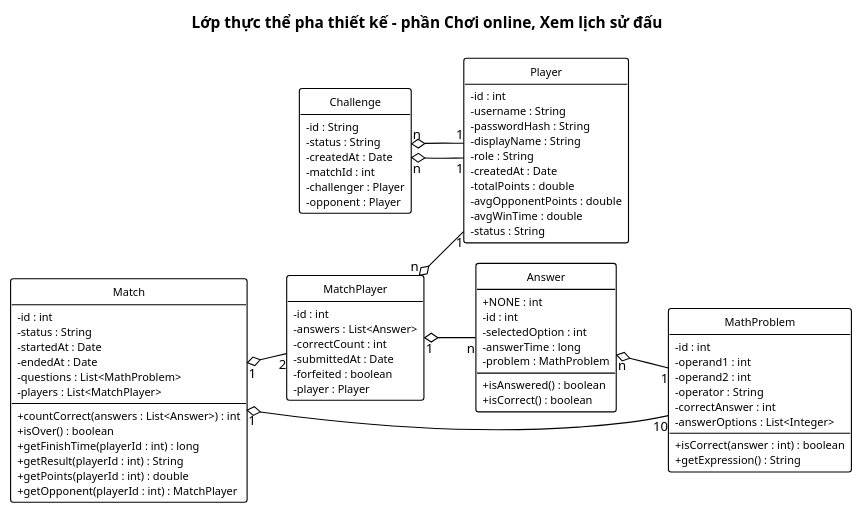
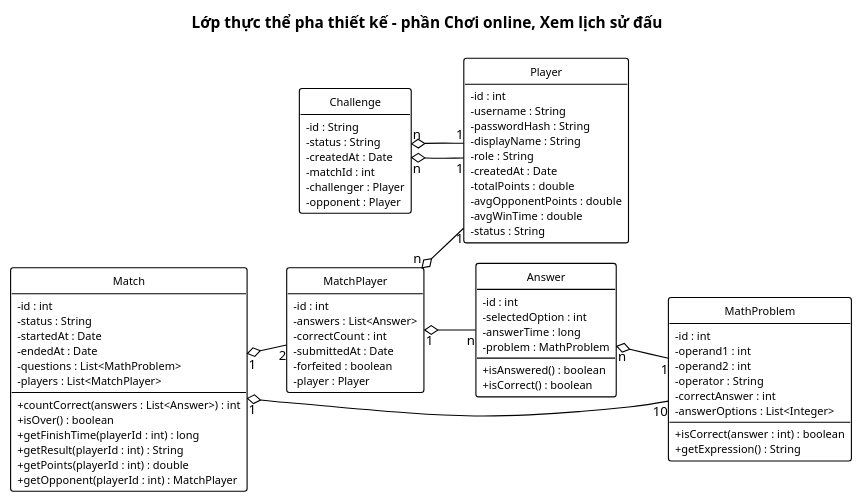
The diagram in docs/hung/lop-thuc-the-hung.puml (HungNguyenBa1811/math-dash), drawn with PlantUML before and after one commit. The commit also changed 48 other files, not shown here.

```diff
--- a/docs/hung/lop-thuc-the-hung.puml
+++ b/docs/hung/lop-thuc-the-hung.puml
@@ -1,92 +1,91 @@
 @startuml lop-thuc-the-hung
 !pragma layout smetana
 ' === VP Base Theme v2 ===
 skinparam defaultFontName "Segoe UI"
 skinparam defaultFontSize 12
 skinparam shadowing false
 skinparam arrowColor #000000
 skinparam lineColor #000000
 hide circle
 hide empty members
 skinparam classAttributeIconSize 0
 skinparam class {
   BackgroundColor #FFFFFF
   BorderColor #000000
   FontColor #000000
   FontSize 11
   AttributeFontSize 10
   BorderThickness 1
 }
 left to right direction
 title Lớp thực thể pha thiết kế – phần Chơi online, Xem lịch sử đấu
 
 class Player {
   - id : int
   - username : String
   - passwordHash : String
   - displayName : String
   - role : String
   - createdAt : Date
   - totalPoints : double
   - avgOpponentPoints : double
   - avgWinTime : double
   - status : String
 }
 class MathProblem {
   - id : int
   - operand1 : int
   - operand2 : int
   - operator : String
   - correctAnswer : int
   - answerOptions : List<Integer>
   + isCorrect(answer : int) : boolean
   + getExpression() : String
 }
 class Challenge {
   - id : String
   - status : String
   - createdAt : Date
   - matchId : int
   - challenger : Player
   - opponent : Player
 }
 class Match {
   - id : int
   - status : String
   - startedAt : Date
   - endedAt : Date
   - questions : List<MathProblem>
   - players : List<MatchPlayer>
   + countCorrect(answers : List<Answer>) : int
   + isOver() : boolean
   + getFinishTime(playerId : int) : long
   + getResult(playerId : int) : String
   + getPoints(playerId : int) : double
   + getOpponent(playerId : int) : MatchPlayer
 }
 class MatchPlayer {
   - id : int
   - answers : List<Answer>
   - correctCount : int
   - submittedAt : Date
   - forfeited : boolean
   - player : Player
 }
 class Answer {
-  + NONE : int
   - id : int
   - selectedOption : int
   - answerTime : long
   - problem : MathProblem
   + isAnswered() : boolean
   + isCorrect() : boolean
 }
 
 Challenge "n" o-- "1" Player
 Challenge "n" o-- "1" Player
 Match "1" o-- "2" MatchPlayer
 MatchPlayer "n" o-- "1" Player
 Match "1" o-- "10" MathProblem
 MatchPlayer "1" o-- "n" Answer
 Answer "n" o-- "1" MathProblem
 @enduml
```
